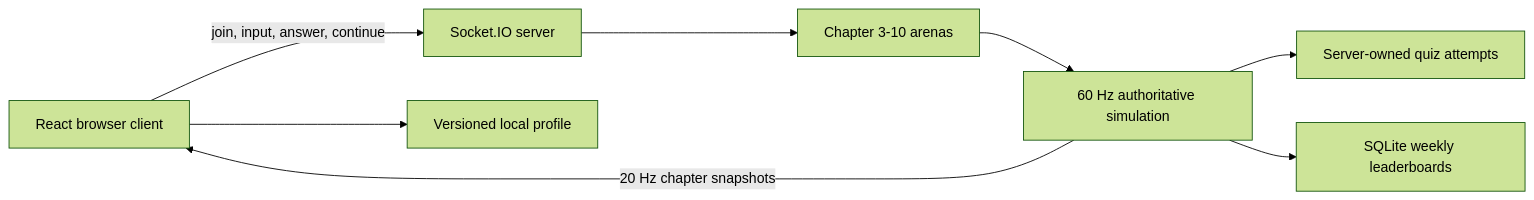
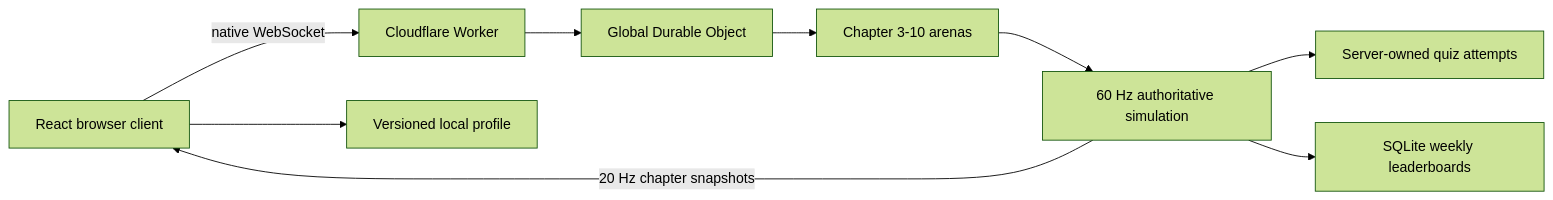
Before and after one commit to SrinivasanNikhil/neon-snake: the diagram in docs/ARCHITECTURE.md, drawn with Mermaid (forest theme). The commit also changed other lines of this file and 23 other files, not shown here.

````diff
--- a/docs/ARCHITECTURE.md
+++ b/docs/ARCHITECTURE.md
@@ -13,10 +14,11 @@
 ```mermaid
 flowchart LR
-    Browser["React browser client"] -->|"join, input, answer, continue"| Socket["Socket.IO server"]
-    Socket --> Rooms["Chapter 3-10 arenas"]
+    Browser["React browser client"] -->|"native WebSocket"| Worker["Cloudflare Worker"]
+    Worker --> Durable["Global Durable Object"]
+    Durable --> Rooms["Chapter 3-10 arenas"]
     Rooms --> Simulation["60 Hz authoritative simulation"]
     Simulation -->|"20 Hz chapter snapshots"| Browser
     Simulation --> Quiz["Server-owned quiz attempts"]
     Simulation --> Leaderboard["SQLite weekly leaderboards"]
     Browser --> Profile["Versioned local profile"]
 ```
````
